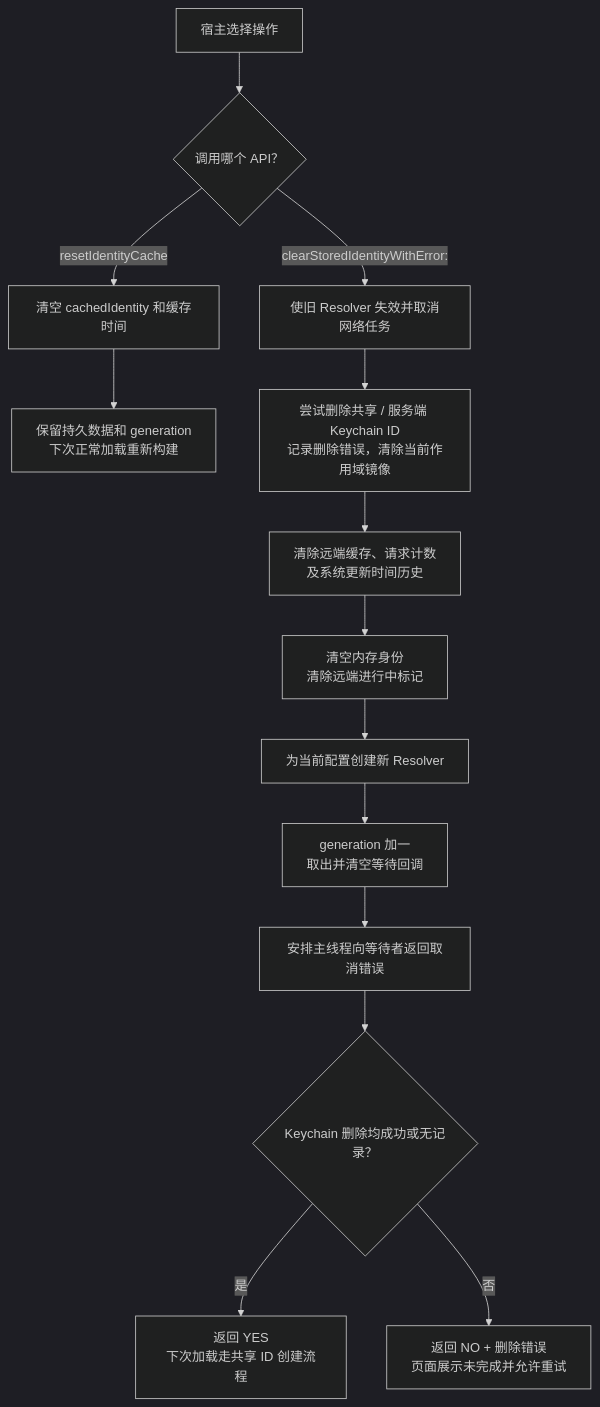
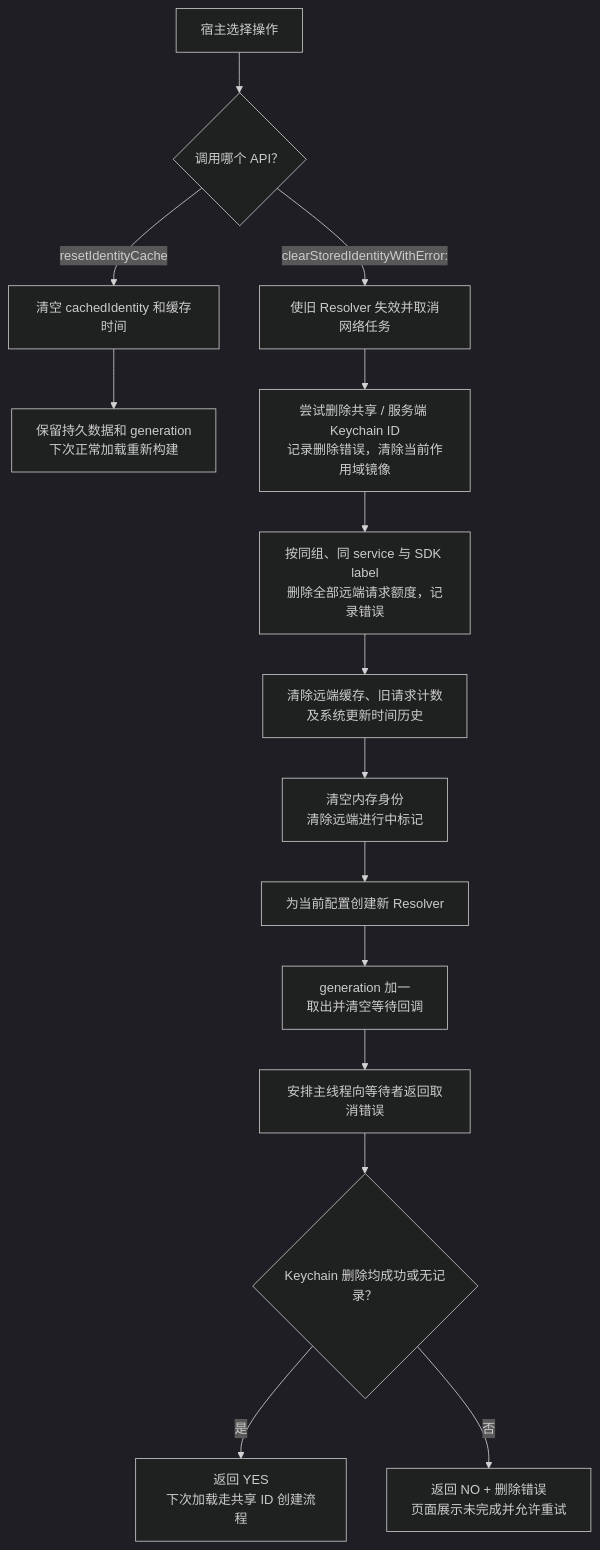
One commit to shanbozhu/TestOC changed diagram 13 of 14 in PBCrossAppUniqueDeviceIdentifier/Docs/FeatureFlows.md. Above: the diagram before and after it, drawn with Mermaid (dark theme). The commit also changed other lines of this file and 7 other files, not shown here.

````diff
--- a/PBCrossAppUniqueDeviceIdentifier/Docs/FeatureFlows.md
+++ b/PBCrossAppUniqueDeviceIdentifier/Docs/FeatureFlows.md
@@ -362,16 +373,17 @@
 ```mermaid
 flowchart TD
     Start["宿主选择操作"] --> Kind{"调用哪个 API？"}
     Kind -->|resetIdentityCache| Reset["清空 cachedIdentity 和缓存时间"]
     Reset --> ResetDone["保留持久数据和 generation<br/>下次正常加载重新构建"]
     Kind -->|clearStoredIdentityWithError:| Invalidate["使旧 Resolver 失效并取消网络任务"]
     Invalidate --> Delete["尝试删除共享 / 服务端 Keychain ID<br/>记录删除错误，清除当前作用域镜像"]
-    Delete --> Persistent["清除远端缓存、请求计数<br/>及系统更新时间历史"]
+    Delete --> Quota["按同组、同 service 与 SDK label<br/>删除全部远端请求额度，记录错误"]
+    Quota --> Persistent["清除远端缓存、旧请求计数<br/>及系统更新时间历史"]
     Persistent --> Memory["清空内存身份<br/>清除远端进行中标记"]
     Memory --> Resolver["为当前配置创建新 Resolver"]
     Resolver --> Generation["generation 加一<br/>取出并清空等待回调"]
     Generation --> Cancel["安排主线程向等待者返回取消错误"]
     Cancel --> Result{"Keychain 删除均成功或无记录？"}
     Result -->|是| Done["返回 YES<br/>下次加载走共享 ID 创建流程"]
     Result -->|否| Failed["返回 NO + 删除错误<br/>页面展示未完成并允许重试"]
 ```
````
